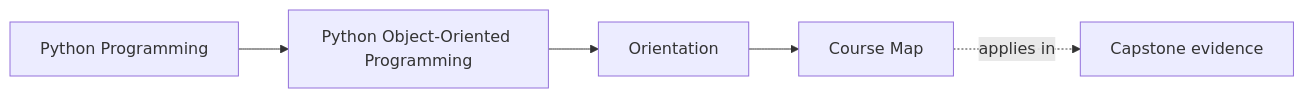
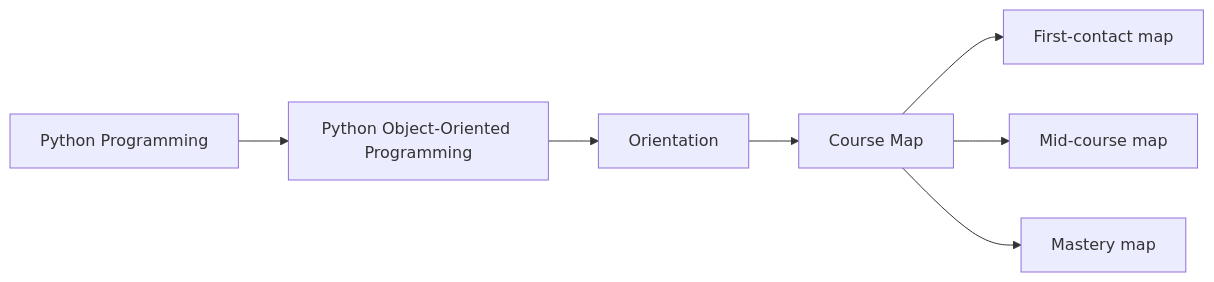
The first of 2 diagrams in programs/python-programming/python-object-oriented-programming/course-book/module-00-orientation/course-map.md (bijux/bijux-masterclass), drawn with Mermaid before and after one commit. The commit also changed other lines of this file and 4 other files, not shown here.

Commit message:
docs(oop): split orientation course map by stage

````diff
--- a/programs/python-programming/python-object-oriented-programming/course-book/module-00-orientation/course-map.md
+++ b/programs/python-programming/python-object-oriented-programming/course-book/module-00-orientation/course-map.md
@@ -7,11 +6,15 @@
 ```mermaid
 graph LR
   family["Python Programming"]
   program["Python Object-Oriented Programming"]
   section["Orientation"]
   page["Course Map"]
-  capstone["Capstone evidence"]
+  first["First-contact map"]
+  middle["Mid-course map"]
+  mastery["Mastery map"]
 
   family --> program --> section --> page
-  page -.applies in.-> capstone
+  page --> first
+  page --> middle
+  page --> mastery
 ```
````
